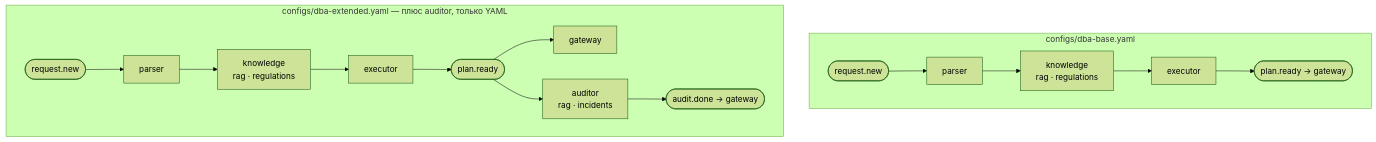
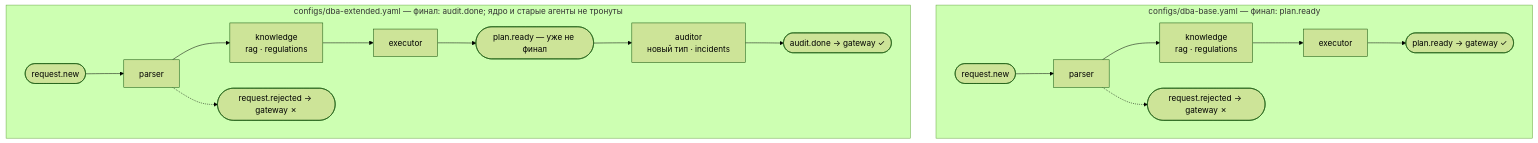
One commit to StulkovLD/agentarium changed the diagram in spec/diagrams/routes-two-configs.mmd. Above: the diagram before and after it, drawn with Mermaid (forest theme). The commit also changed 16 other files, not shown here.

```diff
--- a/spec/diagrams/routes-two-configs.mmd
+++ b/spec/diagrams/routes-two-configs.mmd
@@ -1,13 +1,14 @@
-%% Две конфигурации из одних кубиков — правился только YAML. Проекция спека 55.
+%% Две конфигурации: маршруты и финал переключаются чертежом. Проекция спеков 40/55.
 flowchart TB
-    subgraph A[configs/dba-base.yaml]
-        a0([request.new]) --> a1[parser] --> a2[knowledge<br/>rag · regulations] --> a3[executor] --> a4([plan.ready → gateway])
+    subgraph A[configs/dba-base.yaml — финал: plan.ready]
+        a0([request.new]) --> a1[parser] --> a2[knowledge<br/>rag · regulations] --> a3[executor] --> a4([plan.ready → gateway ✓])
+        a1 -.-> a5([request.rejected → gateway ✗])
     end
 
-    subgraph B[configs/dba-extended.yaml — плюс auditor, только YAML]
+    subgraph B[configs/dba-extended.yaml — финал: audit.done; ядро и старые агенты не тронуты]
         b0([request.new]) --> b1[parser] --> b2[knowledge<br/>rag · regulations] --> b3[executor]
-        b3 --> b4([plan.ready])
-        b4 --> b5[gateway]
-        b4 --> b6[auditor<br/>rag · incidents]
-        b6 --> b7([audit.done → gateway])
+        b3 --> b4([plan.ready — уже не финал])
+        b4 --> b5[auditor<br/>новый тип · incidents]
+        b5 --> b6([audit.done → gateway ✓])
+        b1 -.-> b7([request.rejected → gateway ✗])
     end
```
